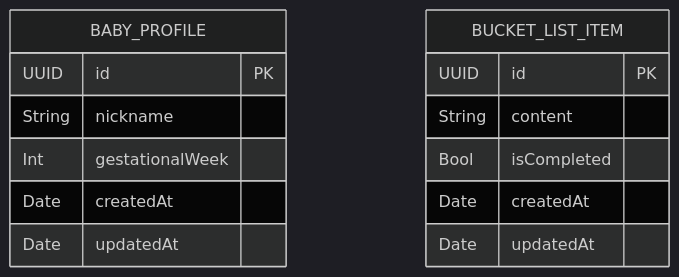
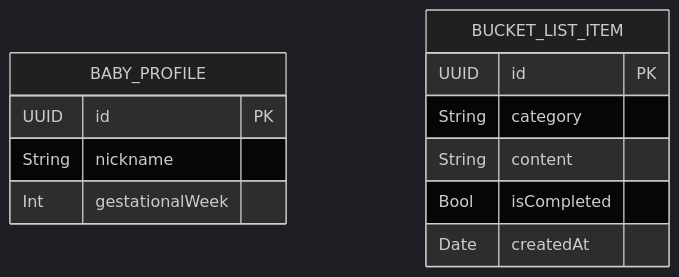
One commit to DeveloperAcademy-POSTECH/2026-C4-M15-siboya changed the second of 3 diagrams in docs/design/taedam-data-contracts.md. Above: the diagram before and after it, drawn with Mermaid (dark theme). The commit also changed other lines of this file, not shown here.

````diff
--- a/docs/design/taedam-data-contracts.md
+++ b/docs/design/taedam-data-contracts.md
@@ -332,18 +343,16 @@
 ```mermaid
 erDiagram
     BABY_PROFILE {
         UUID id PK
         String nickname
         Int gestationalWeek
-        Date createdAt
-        Date updatedAt
     }
 
     BUCKET_LIST_ITEM {
         UUID id PK
+        String category
         String content
         Bool isCompleted
         Date createdAt
-        Date updatedAt
     }
 ```
````
